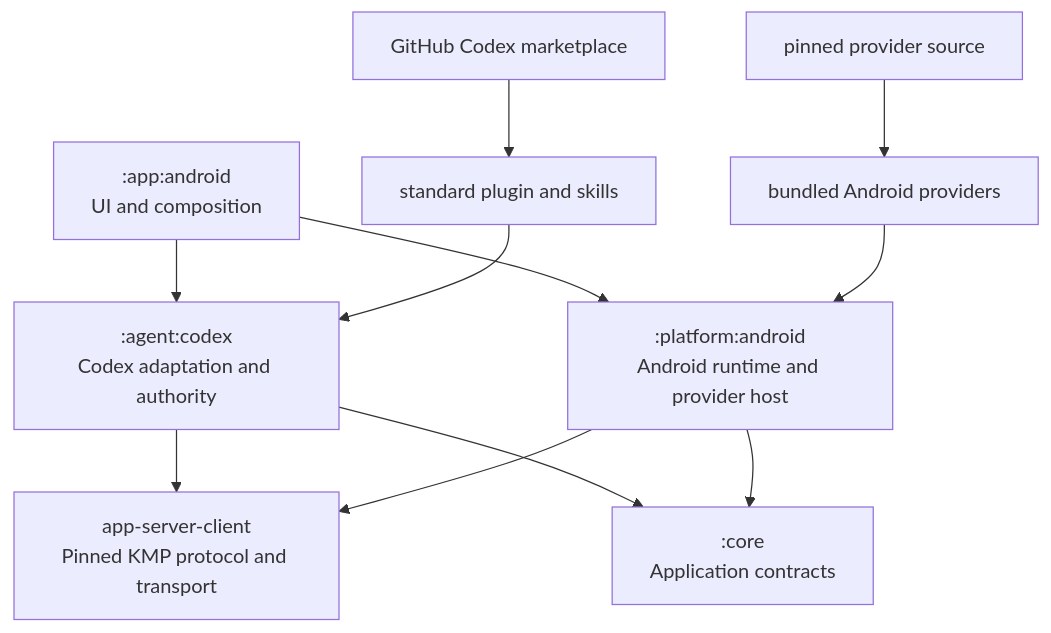
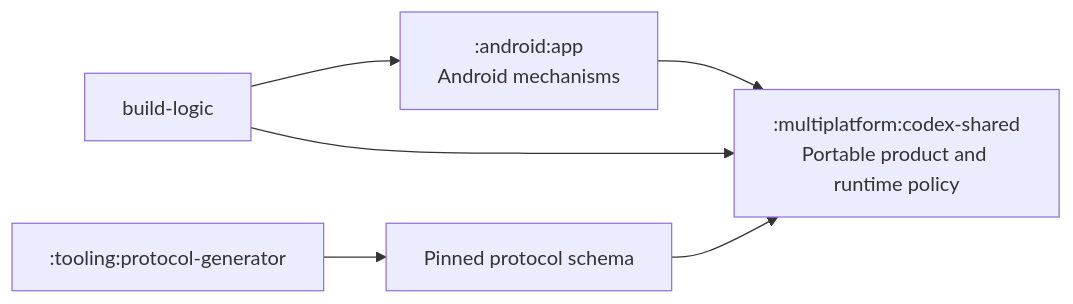
One commit to ciurlaro/codex-mobile changed the diagram in docs/architecture.md. Above: the diagram before and after it, drawn with Mermaid. The commit also changed other lines of this file and 544 other files, not shown here.

Commit message:
refactor: recover multiplatform module architecture

````diff
--- a/docs/architecture.md
+++ b/docs/architecture.md
@@ -5,13 +5,8 @@
 ```mermaid
-flowchart TB
-    App[":app:android\nUI and composition"] --> Agent[":agent:codex\nCodex adaptation and authority"]
-    App --> Platform[":platform:android\nAndroid runtime and provider host"]
-    Agent --> Client["app-server-client\nPinned KMP protocol and transport"]
-    Platform --> Client
-    Agent --> Core[":core\nApplication contracts"]
-    Platform --> Core
-    Source["GitHub Codex marketplace"] --> Plugin["standard plugin and skills"]
-    ProviderSource["pinned provider source"] --> Bundled["bundled Android providers"]
-    Plugin --> Agent
-    Bundled --> Platform
+flowchart LR
+    Android[":android:app\nAndroid mechanisms"] --> Shared[":multiplatform:codex-shared\nPortable product and runtime policy"]
+    Generator[":tooling:protocol-generator"] --> Schema["Pinned protocol schema"]
+    BuildLogic["build-logic"] --> Android
+    BuildLogic --> Shared
+    Schema --> Shared
 ```
````
